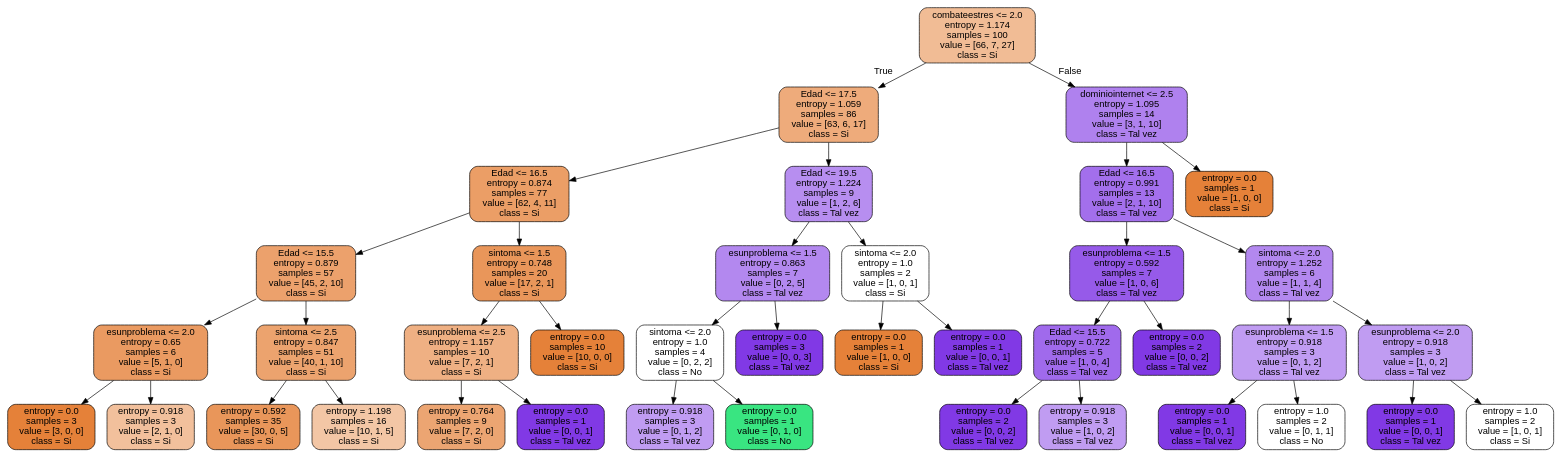
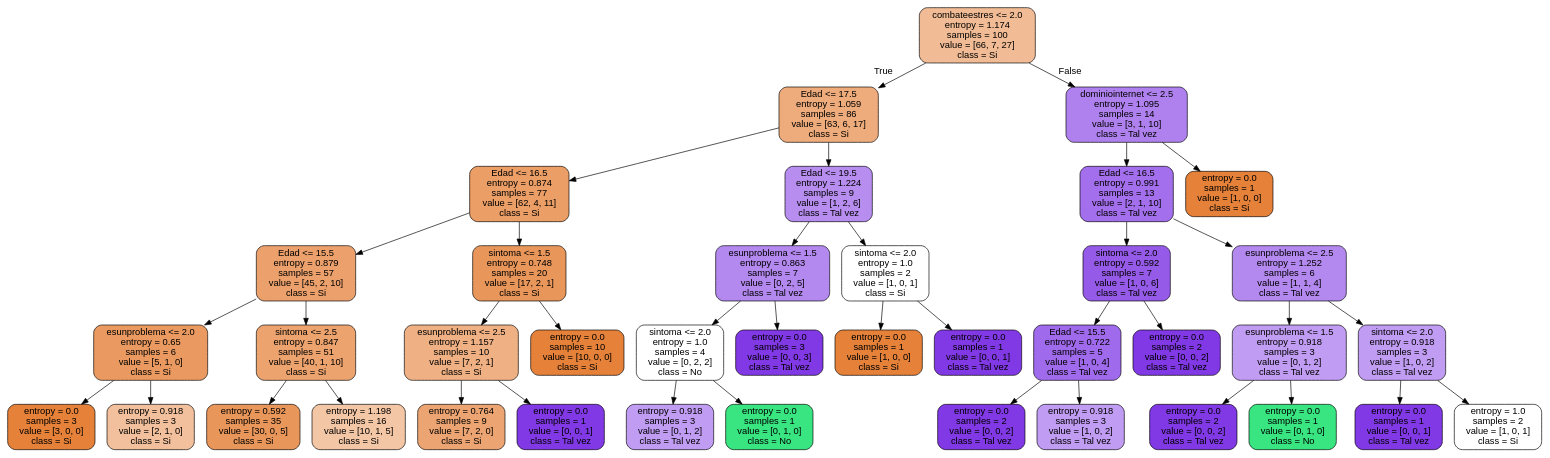
The diagram in arbol_estres.dot (Velox-corp/Modulo_python), drawn with Graphviz before and after one commit. The commit also changed 1 other file, not shown here.

```diff
--- a/arbol_estres.dot
+++ b/arbol_estres.dot
@@ -1,81 +1,81 @@
 digraph Tree {
 node [shape=box, style="filled, rounded", color="black", fontname=helvetica] ;
 edge [fontname=helvetica] ;
 0 [label="combateestres <= 2.0\nentropy = 1.174\nsamples = 100\nvalue = [66, 7, 27]\nclass = Si", fillcolor="#f1bc95"] ;
 1 [label="Edad <= 17.5\nentropy = 1.059\nsamples = 86\nvalue = [63, 6, 17]\nclass = Si", fillcolor="#eeab7b"] ;
 0 -> 1 [labeldistance=2.5, labelangle=45, headlabel="True"] ;
 2 [label="Edad <= 16.5\nentropy = 0.874\nsamples = 77\nvalue = [62, 4, 11]\nclass = Si", fillcolor="#eb9e66"] ;
 1 -> 2 ;
 3 [label="Edad <= 15.5\nentropy = 0.879\nsamples = 57\nvalue = [45, 2, 10]\nclass = Si", fillcolor="#eca16c"] ;
 2 -> 3 ;
 4 [label="esunproblema <= 2.0\nentropy = 0.65\nsamples = 6\nvalue = [5, 1, 0]\nclass = Si", fillcolor="#ea9a61"] ;
 3 -> 4 ;
 5 [label="entropy = 0.0\nsamples = 3\nvalue = [3, 0, 0]\nclass = Si", fillcolor="#e58139"] ;
 4 -> 5 ;
 6 [label="entropy = 0.918\nsamples = 3\nvalue = [2, 1, 0]\nclass = Si", fillcolor="#f2c09c"] ;
 4 -> 6 ;
 7 [label="sintoma <= 2.5\nentropy = 0.847\nsamples = 51\nvalue = [40, 1, 10]\nclass = Si", fillcolor="#eca36e"] ;
 3 -> 7 ;
 8 [label="entropy = 0.592\nsamples = 35\nvalue = [30, 0, 5]\nclass = Si", fillcolor="#e9965a"] ;
 7 -> 8 ;
 9 [label="entropy = 1.198\nsamples = 16\nvalue = [10, 1, 5]\nclass = Si", fillcolor="#f3c6a5"] ;
 7 -> 9 ;
 10 [label="sintoma <= 1.5\nentropy = 0.748\nsamples = 20\nvalue = [17, 2, 1]\nclass = Si", fillcolor="#e9965a"] ;
 2 -> 10 ;
 11 [label="esunproblema <= 2.5\nentropy = 1.157\nsamples = 10\nvalue = [7, 2, 1]\nclass = Si", fillcolor="#efb083"] ;
 10 -> 11 ;
 12 [label="entropy = 0.764\nsamples = 9\nvalue = [7, 2, 0]\nclass = Si", fillcolor="#eca572"] ;
 11 -> 12 ;
 13 [label="entropy = 0.0\nsamples = 1\nvalue = [0, 0, 1]\nclass = Tal vez", fillcolor="#8139e5"] ;
 11 -> 13 ;
 14 [label="entropy = 0.0\nsamples = 10\nvalue = [10, 0, 0]\nclass = Si", fillcolor="#e58139"] ;
 10 -> 14 ;
 15 [label="Edad <= 19.5\nentropy = 1.224\nsamples = 9\nvalue = [1, 2, 6]\nclass = Tal vez", fillcolor="#b78ef0"] ;
 1 -> 15 ;
 16 [label="esunproblema <= 1.5\nentropy = 0.863\nsamples = 7\nvalue = [0, 2, 5]\nclass = Tal vez", fillcolor="#b388ef"] ;
 15 -> 16 ;
 17 [label="sintoma <= 2.0\nentropy = 1.0\nsamples = 4\nvalue = [0, 2, 2]\nclass = No", fillcolor="#ffffff"] ;
 16 -> 17 ;
 18 [label="entropy = 0.918\nsamples = 3\nvalue = [0, 1, 2]\nclass = Tal vez", fillcolor="#c09cf2"] ;
 17 -> 18 ;
 19 [label="entropy = 0.0\nsamples = 1\nvalue = [0, 1, 0]\nclass = No", fillcolor="#39e581"] ;
 17 -> 19 ;
 20 [label="entropy = 0.0\nsamples = 3\nvalue = [0, 0, 3]\nclass = Tal vez", fillcolor="#8139e5"] ;
 16 -> 20 ;
 21 [label="sintoma <= 2.0\nentropy = 1.0\nsamples = 2\nvalue = [1, 0, 1]\nclass = Si", fillcolor="#ffffff"] ;
 15 -> 21 ;
 22 [label="entropy = 0.0\nsamples = 1\nvalue = [1, 0, 0]\nclass = Si", fillcolor="#e58139"] ;
 21 -> 22 ;
 23 [label="entropy = 0.0\nsamples = 1\nvalue = [0, 0, 1]\nclass = Tal vez", fillcolor="#8139e5"] ;
 21 -> 23 ;
 24 [label="dominiointernet <= 2.5\nentropy = 1.095\nsamples = 14\nvalue = [3, 1, 10]\nclass = Tal vez", fillcolor="#af81ee"] ;
 0 -> 24 [labeldistance=2.5, labelangle=-45, headlabel="False"] ;
 25 [label="Edad <= 16.5\nentropy = 0.991\nsamples = 13\nvalue = [2, 1, 10]\nclass = Tal vez", fillcolor="#a36fec"] ;
 24 -> 25 ;
-26 [label="esunproblema <= 1.5\nentropy = 0.592\nsamples = 7\nvalue = [1, 0, 6]\nclass = Tal vez", fillcolor="#965ae9"] ;
+26 [label="sintoma <= 2.0\nentropy = 0.592\nsamples = 7\nvalue = [1, 0, 6]\nclass = Tal vez", fillcolor="#965ae9"] ;
 25 -> 26 ;
 27 [label="Edad <= 15.5\nentropy = 0.722\nsamples = 5\nvalue = [1, 0, 4]\nclass = Tal vez", fillcolor="#a06aec"] ;
 26 -> 27 ;
 28 [label="entropy = 0.0\nsamples = 2\nvalue = [0, 0, 2]\nclass = Tal vez", fillcolor="#8139e5"] ;
 27 -> 28 ;
 29 [label="entropy = 0.918\nsamples = 3\nvalue = [1, 0, 2]\nclass = Tal vez", fillcolor="#c09cf2"] ;
 27 -> 29 ;
 30 [label="entropy = 0.0\nsamples = 2\nvalue = [0, 0, 2]\nclass = Tal vez", fillcolor="#8139e5"] ;
 26 -> 30 ;
-31 [label="sintoma <= 2.0\nentropy = 1.252\nsamples = 6\nvalue = [1, 1, 4]\nclass = Tal vez", fillcolor="#b388ef"] ;
+31 [label="esunproblema <= 2.5\nentropy = 1.252\nsamples = 6\nvalue = [1, 1, 4]\nclass = Tal vez", fillcolor="#b388ef"] ;
 25 -> 31 ;
 32 [label="esunproblema <= 1.5\nentropy = 0.918\nsamples = 3\nvalue = [0, 1, 2]\nclass = Tal vez", fillcolor="#c09cf2"] ;
 31 -> 32 ;
-33 [label="entropy = 0.0\nsamples = 1\nvalue = [0, 0, 1]\nclass = Tal vez", fillcolor="#8139e5"] ;
+33 [label="entropy = 0.0\nsamples = 2\nvalue = [0, 0, 2]\nclass = Tal vez", fillcolor="#8139e5"] ;
 32 -> 33 ;
-34 [label="entropy = 1.0\nsamples = 2\nvalue = [0, 1, 1]\nclass = No", fillcolor="#ffffff"] ;
+34 [label="entropy = 0.0\nsamples = 1\nvalue = [0, 1, 0]\nclass = No", fillcolor="#39e581"] ;
 32 -> 34 ;
-35 [label="esunproblema <= 2.0\nentropy = 0.918\nsamples = 3\nvalue = [1, 0, 2]\nclass = Tal vez", fillcolor="#c09cf2"] ;
+35 [label="sintoma <= 2.0\nentropy = 0.918\nsamples = 3\nvalue = [1, 0, 2]\nclass = Tal vez", fillcolor="#c09cf2"] ;
 31 -> 35 ;
 36 [label="entropy = 0.0\nsamples = 1\nvalue = [0, 0, 1]\nclass = Tal vez", fillcolor="#8139e5"] ;
 35 -> 36 ;
 37 [label="entropy = 1.0\nsamples = 2\nvalue = [1, 0, 1]\nclass = Si", fillcolor="#ffffff"] ;
 35 -> 37 ;
 38 [label="entropy = 0.0\nsamples = 1\nvalue = [1, 0, 0]\nclass = Si", fillcolor="#e58139"] ;
 24 -> 38 ;
 }
```
